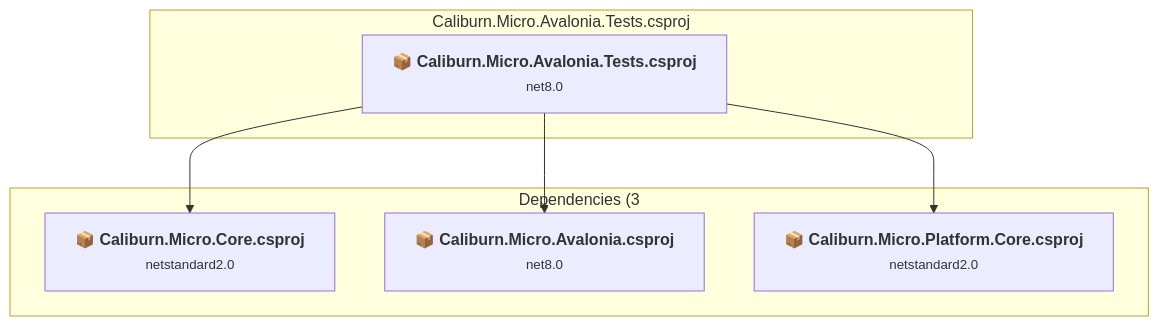
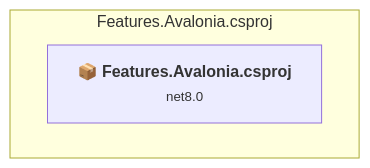
The second of 8 diagrams in .github/upgrades/scenarios/dotnet-version-upgrade/assessment.md (gerfen/Caliburn.Micro), drawn with Mermaid before and after one commit. The commit also changed other lines of this file and 16 other files, not shown here.

````diff
--- a/.github/upgrades/scenarios/dotnet-version-upgrade/assessment.md
+++ b/.github/upgrades/scenarios/dotnet-version-upgrade/assessment.md
@@ -253,19 +175,8 @@
 ```mermaid
 flowchart TB
-    subgraph current["Caliburn.Micro.Avalonia.Tests.csproj"]
-        MAIN["<b>📦&nbsp;Caliburn.Micro.Avalonia.Tests.csproj</b><br/><small>net8.0</small>"]
-        click MAIN "#caliburnmicroavaloniatestscaliburnmicroavaloniatestscsproj"
+    subgraph current["Features.Avalonia.csproj"]
+        MAIN["<b>📦&nbsp;Features.Avalonia.csproj</b><br/><small>net8.0</small>"]
+        click MAIN "#featuresavaloniafeaturesavaloniacsproj"
     end
-    subgraph downstream["Dependencies (3"]
-        P1["<b>📦&nbsp;Caliburn.Micro.Core.csproj</b><br/><small>netstandard2.0</small>"]
-        P8["<b>📦&nbsp;Caliburn.Micro.Avalonia.csproj</b><br/><small>net8.0</small>"]
-        P5["<b>📦&nbsp;Caliburn.Micro.Platform.Core.csproj</b><br/><small>netstandard2.0</small>"]
-        click P1 "#caliburnmicrocorecaliburnmicrocorecsproj"
-        click P8 "#caliburnmicroavaloniacaliburnmicroavaloniacsproj"
-        click P5 "#caliburnmicroplatformcorecaliburnmicroplatformcorecsproj"
-    end
-    MAIN --> P1
-    MAIN --> P8
-    MAIN --> P5
 
 ```
````
